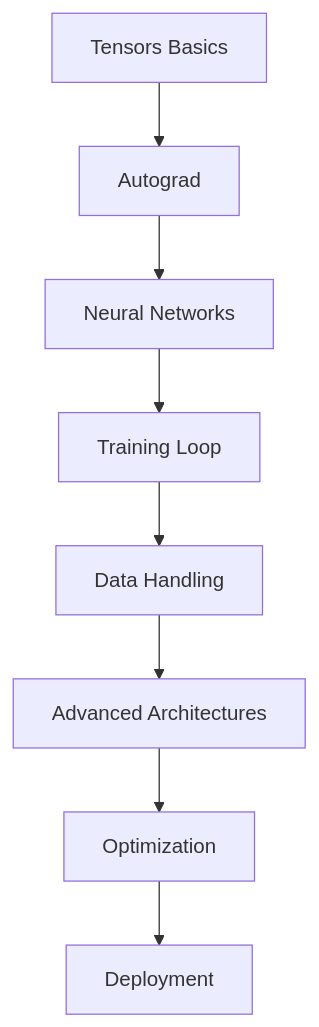
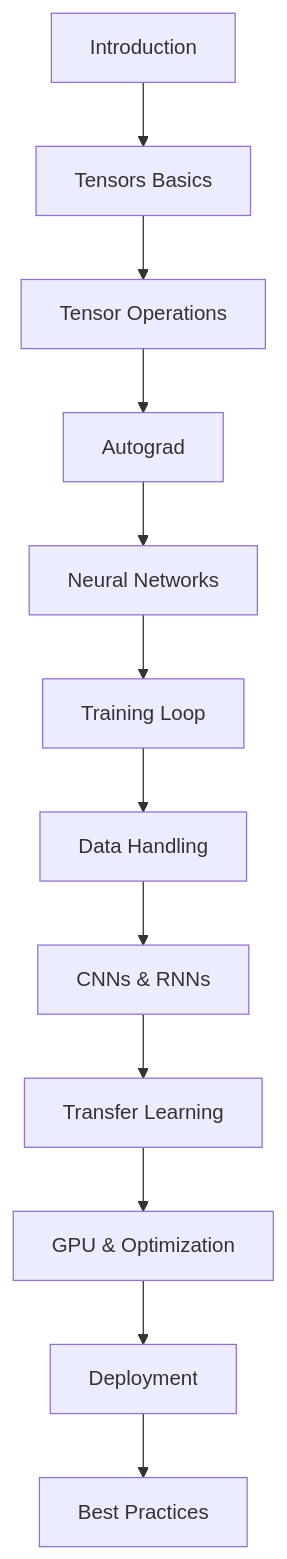
The diagram in docs/courses/pytorch/README.md (shivam2003-dev/mindstack), drawn with Mermaid before and after one commit. The commit also changed other lines of this file and 8 other files, not shown here.

````diff
--- a/docs/courses/pytorch/README.md
+++ b/docs/courses/pytorch/README.md
@@ -53,10 +138,14 @@
 ```mermaid
 graph TD
-    A[Tensors Basics] --> B[Autograd]
-    B --> C[Neural Networks]
-    C --> D[Training Loop]
-    D --> E[Data Handling]
-    E --> F[Advanced Architectures]
-    F --> G[Optimization]
-    G --> H[Deployment]
+    A[Introduction] --> B[Tensors Basics]
+    B --> C[Tensor Operations]
+    C --> D[Autograd]
+    D --> E[Neural Networks]
+    E --> F[Training Loop]
+    F --> G[Data Handling]
+    G --> H[CNNs & RNNs]
+    H --> I[Transfer Learning]
+    I --> J[GPU & Optimization]
+    J --> K[Deployment]
+    K --> L[Best Practices]
 ```
````
